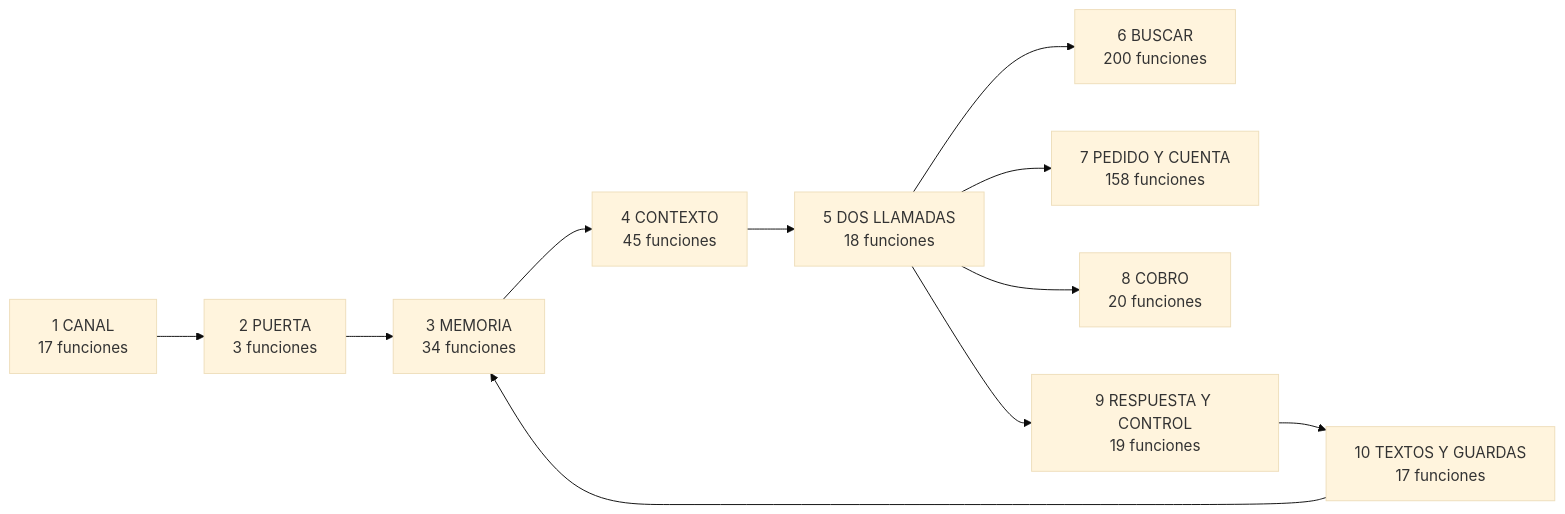
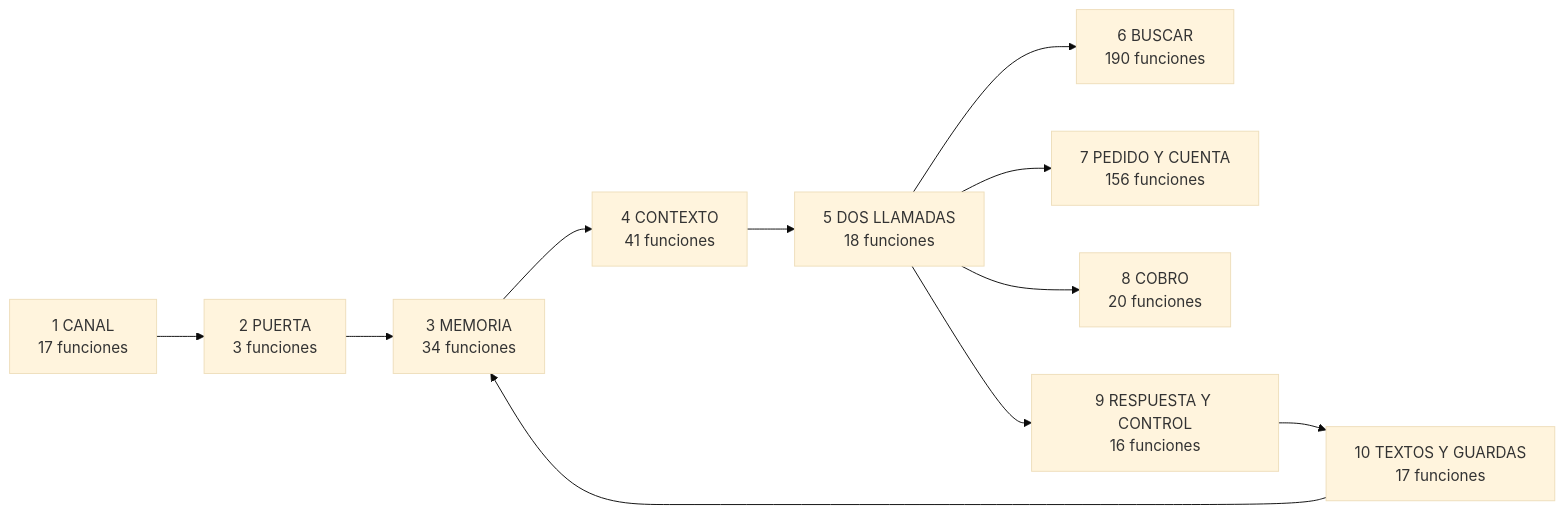
Before and after one commit to martinrf79/Verifika: the diagram in arquitectura/DIAGRAMA_FLUJO.md, drawn with Mermaid (base theme). The commit also changed other lines of this file and 10 other files, not shown here.

````diff
--- a/arquitectura/DIAGRAMA_FLUJO.md
+++ b/arquitectura/DIAGRAMA_FLUJO.md
@@ -11,20 +11,20 @@
 ```mermaid
 flowchart LR
   C1["1 CANAL<br/>17 funciones"]
   C2["2 PUERTA<br/>3 funciones"]
   C3["3 MEMORIA<br/>34 funciones"]
-  C4["4 CONTEXTO<br/>45 funciones"]
+  C4["4 CONTEXTO<br/>41 funciones"]
   C5["5 DOS LLAMADAS<br/>18 funciones"]
-  C6["6 BUSCAR<br/>200 funciones"]
-  C7["7 PEDIDO Y CUENTA<br/>158 funciones"]
+  C6["6 BUSCAR<br/>190 funciones"]
+  C7["7 PEDIDO Y CUENTA<br/>156 funciones"]
   C8["8 COBRO<br/>20 funciones"]
-  C9["9 RESPUESTA Y CONTROL<br/>19 funciones"]
+  C9["9 RESPUESTA Y CONTROL<br/>16 funciones"]
   C10["10 TEXTOS Y GUARDAS<br/>17 funciones"]
   C1 --> C2 --> C3 --> C4 --> C5
   C5 --> C6
   C5 --> C7
   C5 --> C8
   C5 --> C9
   C9 --> C10
   C10 --> C3
 ```
````
